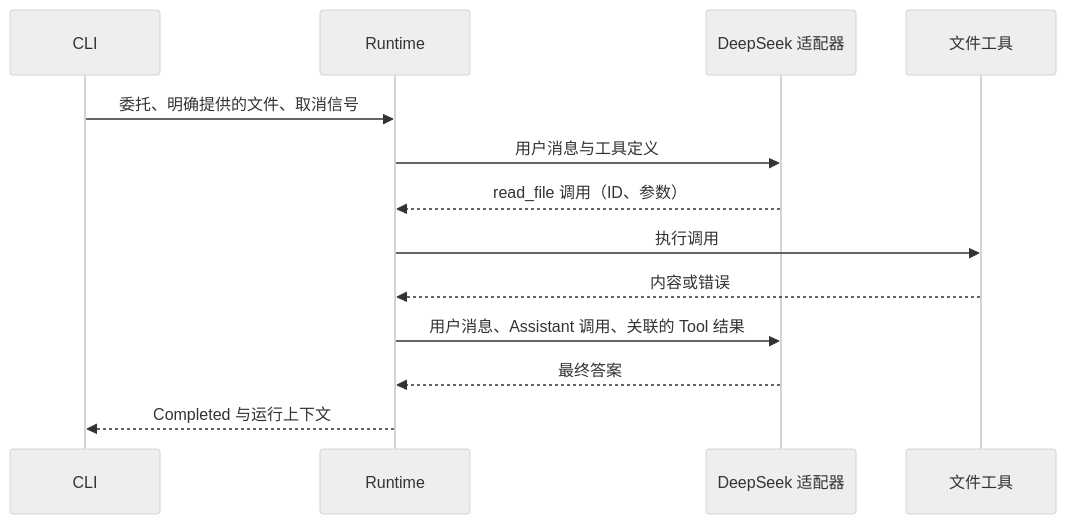
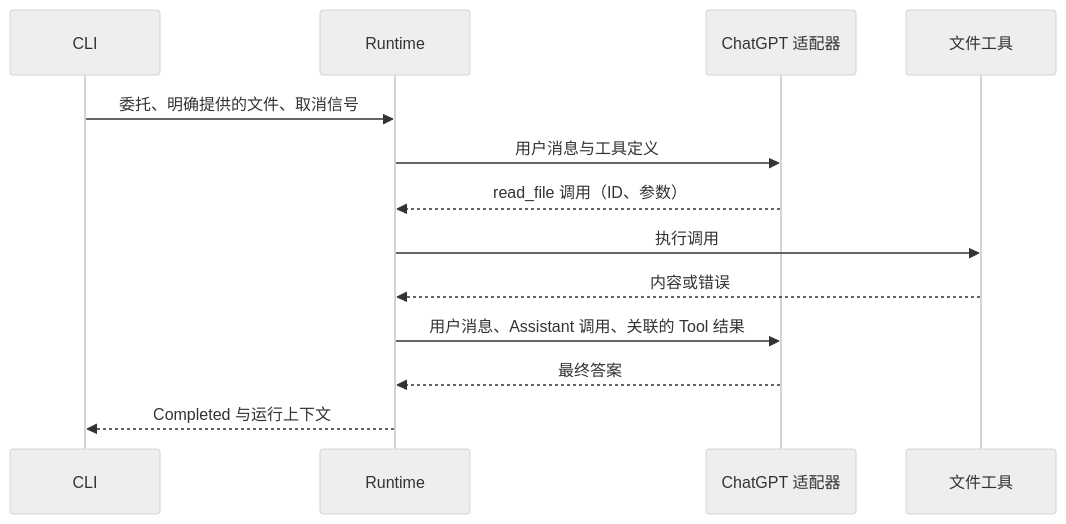
The second of 2 diagrams in docs/runtime.md (zzhi0/rig), drawn with Mermaid (neutral theme) before and after one commit. The commit also changed other lines of this file and 6 other files, not shown here.

Commit message:
feat: switch runtime CLI to ChatGPT account login

````diff
--- a/docs/runtime.md
+++ b/docs/runtime.md
@@ -41,15 +44,15 @@
 ```mermaid
 sequenceDiagram
     participant C as CLI
     participant R as Runtime
-    participant M as DeepSeek 适配器
+    participant M as ChatGPT 适配器
     participant T as 文件工具
     C->>R: 委托、明确提供的文件、取消信号
     R->>M: 用户消息与工具定义
     M-->>R: read_file 调用（ID、参数）
     R->>T: 执行调用
     T-->>R: 内容或错误
     R->>M: 用户消息、Assistant 调用、关联的 Tool 结果
     M-->>R: 最终答案
     R-->>C: Completed 与运行上下文
 ```
````
